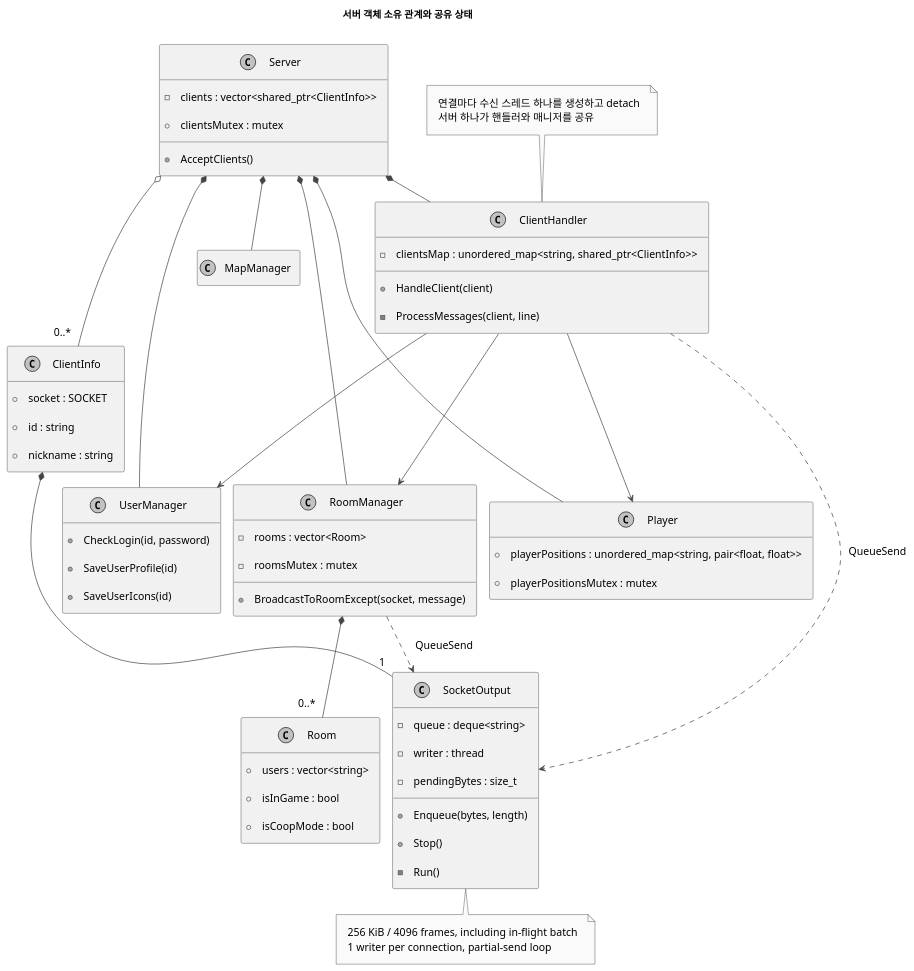
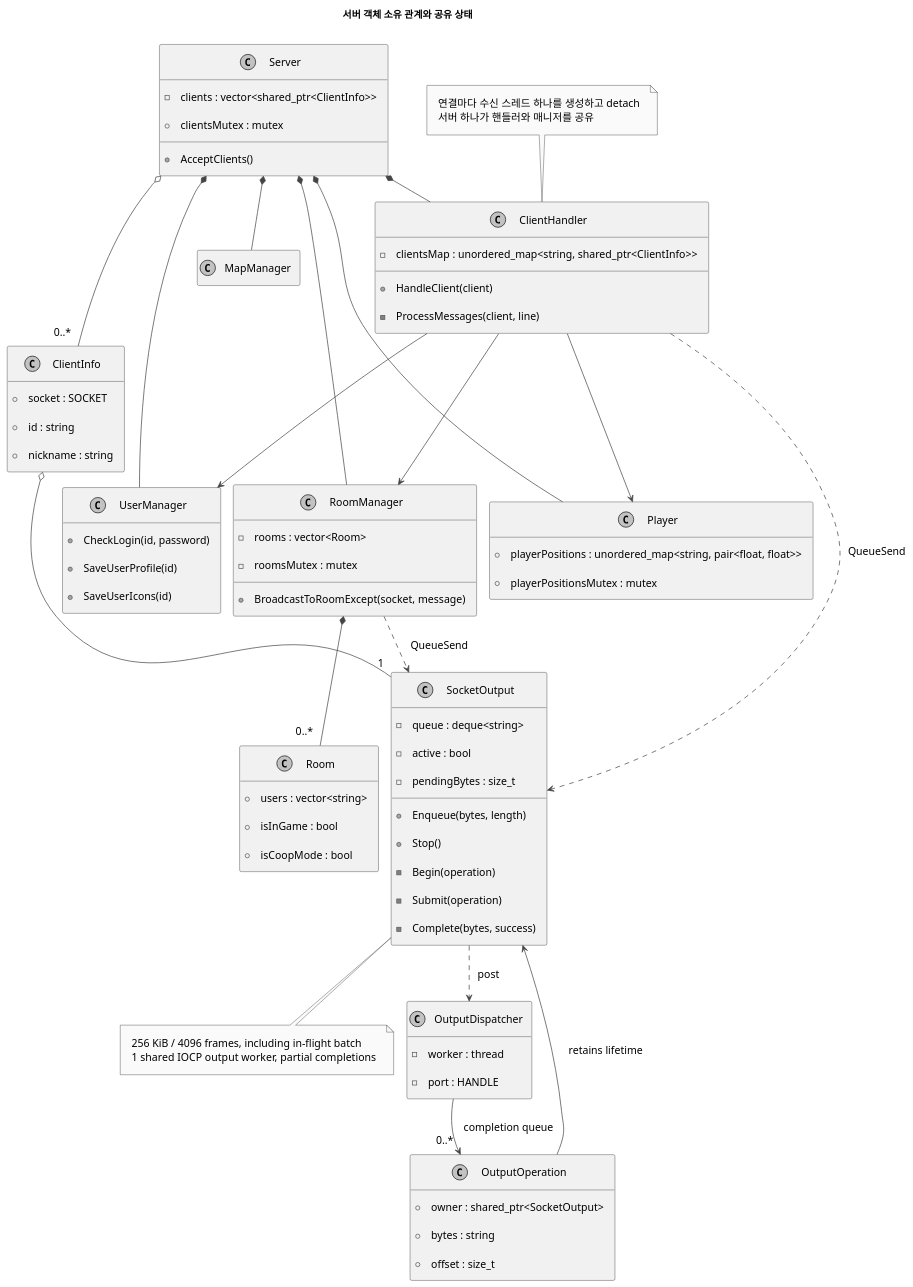
Before and after one commit to YSL-RyuDo/BnBServer: the diagram in docs/engineering/diagrams/server-classes-ko.puml, drawn with PlantUML. The commit also changed 157 other files, not shown here.

```diff
--- a/docs/engineering/diagrams/server-classes-ko.puml
+++ b/docs/engineering/diagrams/server-classes-ko.puml
@@ -1,77 +1,91 @@
 @startuml
 !pragma layout smetana
 skinparam monochrome true
 skinparam shadowing false
 skinparam backgroundColor white
 skinparam defaultFontName "Malgun Gothic"
 skinparam defaultFontSize 15
 skinparam ArrowColor #444444
 skinparam Padding 10
 skinparam sequenceMessageAlign center
 hide footbox
 title 서버 객체 소유 관계와 공유 상태
 hide empty members
 class Server {
   - clients : vector<shared_ptr<ClientInfo>>
   + clientsMutex : mutex
   + AcceptClients()
 }
 class ClientHandler {
   - clientsMap : unordered_map<string, shared_ptr<ClientInfo>>
   + HandleClient(client)
   - ProcessMessages(client, line)
 }
 class ClientInfo {
   + socket : SOCKET
   + id : string
   + nickname : string
 }
 class RoomManager {
   - rooms : vector<Room>
   - roomsMutex : mutex
   + BroadcastToRoomExcept(socket, message)
 }
 class Room {
   + users : vector<string>
   + isInGame : bool
   + isCoopMode : bool
 }
 class UserManager {
   + CheckLogin(id, password)
   + SaveUserProfile(id)
   + SaveUserIcons(id)
 }
 class Player {
   + playerPositions : unordered_map<string, pair<float, float>>
   + playerPositionsMutex : mutex
 }
 Server *-- ClientHandler
 Server *-- RoomManager
 Server *-- UserManager
 Server *-- Player
 Server *-- MapManager
 Server o-- "0..*" ClientInfo
 ClientHandler --> RoomManager
 ClientHandler --> UserManager
 ClientHandler --> Player
 RoomManager *-- "0..*" Room
 note top of ClientHandler
 연결마다 수신 스레드 하나를 생성하고 detach
 서버 하나가 핸들러와 매니저를 공유
 end note
 class SocketOutput {
   - queue : deque<string>
-  - writer : thread
+  - active : bool
   - pendingBytes : size_t
   + Enqueue(bytes, length)
   + Stop()
-  - Run()
+  - Begin(operation)
+  - Submit(operation)
+  - Complete(bytes, success)
 }
-ClientInfo *-- "1" SocketOutput
+ClientInfo o-- "1" SocketOutput
 ClientHandler ..> SocketOutput : QueueSend
 RoomManager ..> SocketOutput : QueueSend
 note bottom of SocketOutput
 256 KiB / 4096 frames, including in-flight batch
-1 writer per connection, partial-send loop
+1 shared IOCP output worker, partial completions
 end note
+class OutputDispatcher {
+  - worker : thread
+  - port : HANDLE
+}
+class OutputOperation {
+  + owner : shared_ptr<SocketOutput>
+  + bytes : string
+  + offset : size_t
+}
+OutputDispatcher --> "0..*" OutputOperation : completion queue
+OutputOperation --> SocketOutput : retains lifetime
+SocketOutput ..> OutputDispatcher : post
 @enduml
```
